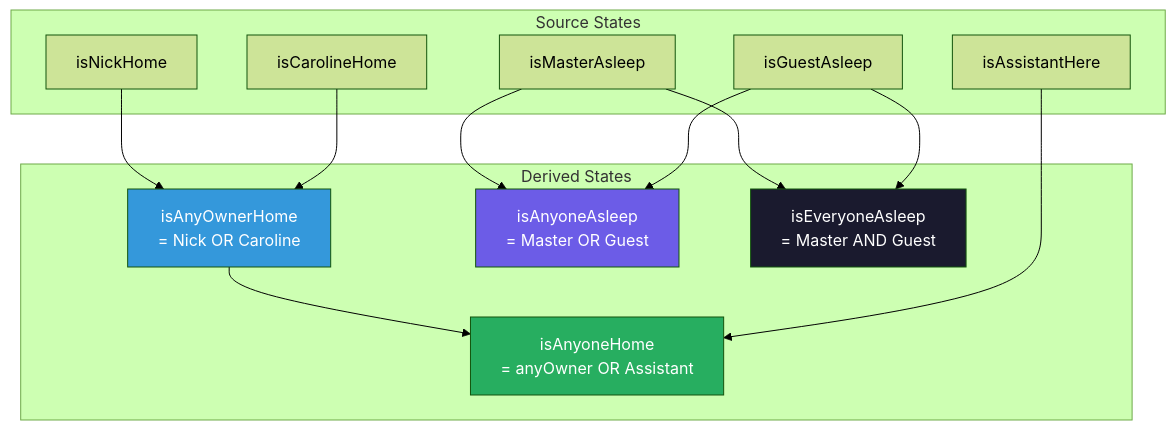
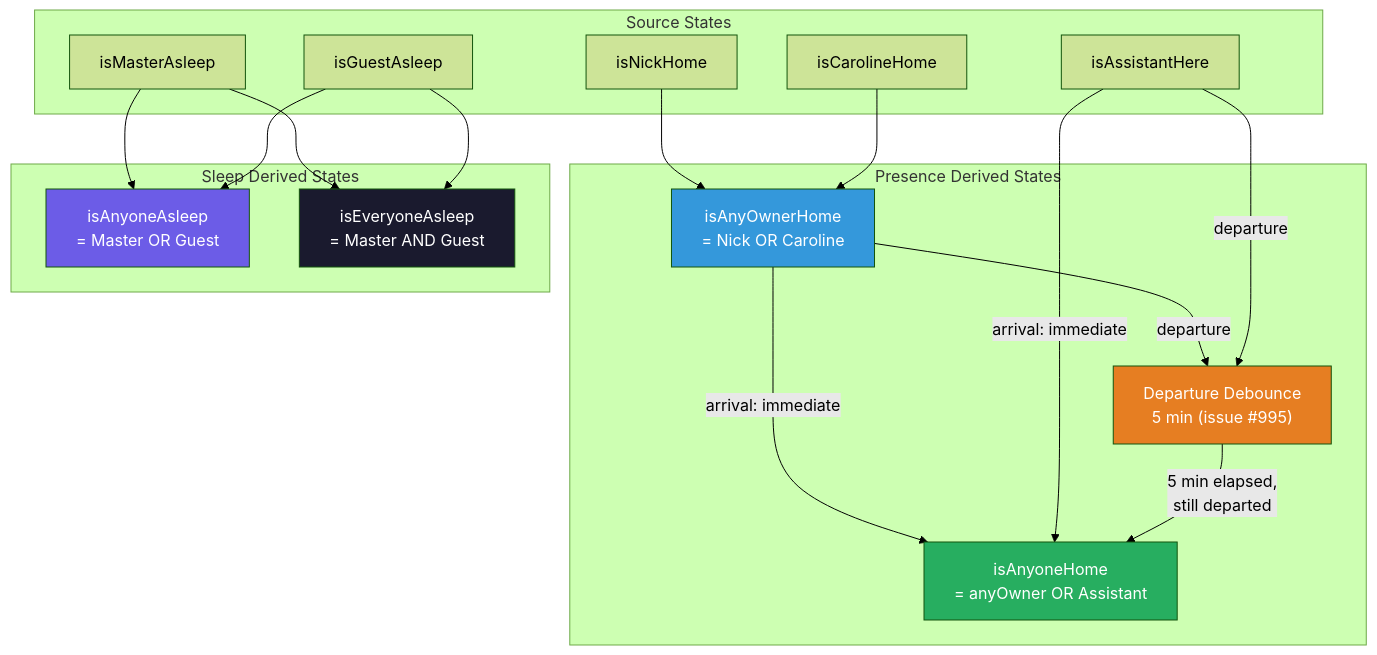
Before and after one commit to NickBorgers/home-automation: the first of 6 diagrams in docs/flows/STATE_TRACKING.md, drawn with Mermaid (forest theme). The commit also changed other lines of this file and 1 other file, not shown here.

Commit message:
docs: document isAnyoneHome departure debounce in STATE_TRACKING and ARCHITECTURE
Without this, readers debugging why lockdown doesn't trigger immediately
after everyone leaves would conclude the system is broken.

````diff
--- a/docs/flows/STATE_TRACKING.md
+++ b/docs/flows/STATE_TRACKING.md
@@ -16,31 +16,39 @@
 ```mermaid
 flowchart TD
     subgraph Inputs["Source States"]
         nick["isNickHome"]
         caroline["isCarolineHome"]
         assistant["isAssistantHere"]
         master["isMasterAsleep"]
         guest["isGuestAsleep"]
     end
 
-    subgraph Derived["Derived States"]
+    subgraph Presence["Presence Derived States"]
         anyOwner["isAnyOwnerHome<br/>= Nick OR Caroline"]
+        departureDebounce["Departure Debounce<br/>5 min (issue #995)"]
         anyone["isAnyoneHome<br/>= anyOwner OR Assistant"]
+    end
+
+    subgraph Sleep["Sleep Derived States"]
         anyAsleep["isAnyoneAsleep<br/>= Master OR Guest"]
         everyAsleep["isEveryoneAsleep<br/>= Master AND Guest"]
     end
 
     nick --> anyOwner
     caroline --> anyOwner
-    anyOwner --> anyone
-    assistant --> anyone
+    anyOwner -->|"arrival: immediate"| anyone
+    anyOwner -->|"departure"| departureDebounce
+    assistant -->|"arrival: immediate"| anyone
+    assistant -->|"departure"| departureDebounce
+    departureDebounce -->|"5 min elapsed,<br/>still departed"| anyone
     master --> anyAsleep
     guest --> anyAsleep
     master --> everyAsleep
     guest --> everyAsleep
 
     style anyOwner fill:#3498db,color:#fff
+    style departureDebounce fill:#e67e22,color:#fff
     style anyone fill:#27ae60,color:#fff
     style anyAsleep fill:#6c5ce7,color:#fff
     style everyAsleep fill:#1a1a2e,color:#fff
 ```
````
